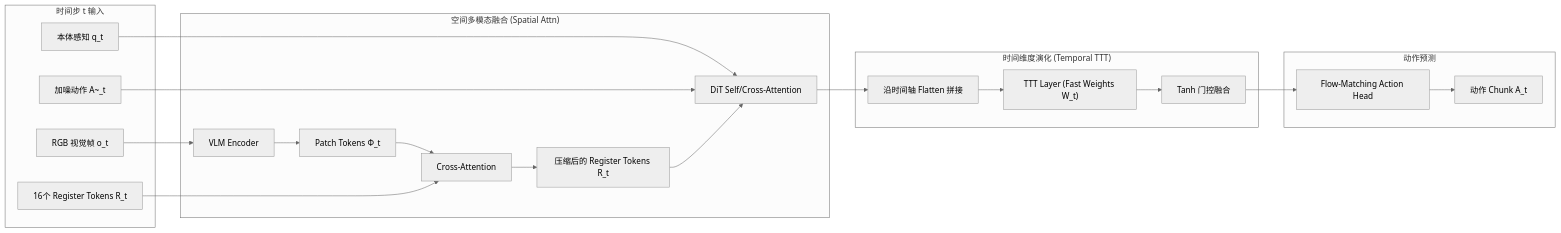
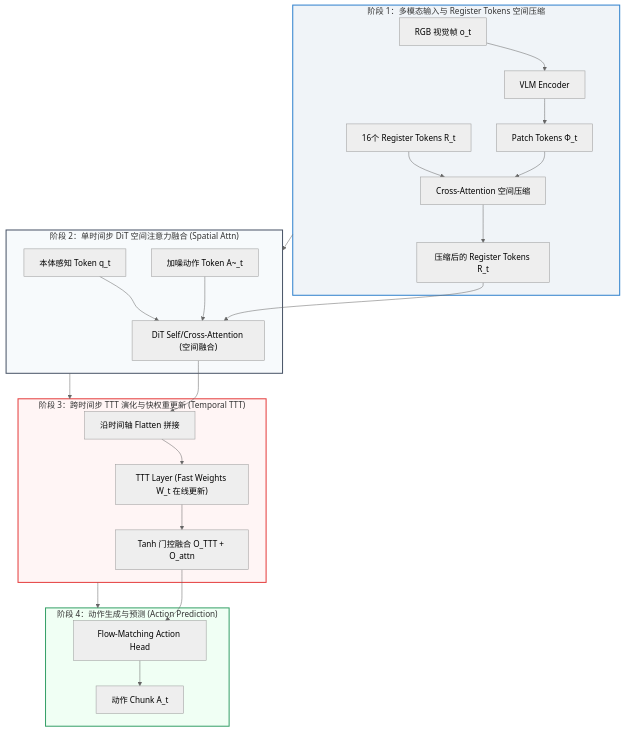
One commit to TingdeLiu/tingdeliu.github.io changed the second of 4 diagrams in _posts/blog/2026-07-28-RoboTTT-Fast-Weights.md. Above: the diagram before and after it, drawn with Mermaid (neutral theme).

Commit message:
fix: reformat Section 4.2 Mermaid diagram into vertical layout for larger readable text

````diff
--- a/_posts/blog/2026-07-28-RoboTTT-Fast-Weights.md
+++ b/_posts/blog/2026-07-28-RoboTTT-Fast-Weights.md
@@ -150,27 +150,32 @@
 ```mermaid
-flowchart LR
-    subgraph Input["时间步 t 输入"]
-        Img["RGB 视觉帧 o_t"]
-        Prop["本体感知 q_t"]
-        Act["加噪动作 A~_t"]
-        Reg["16个 Register Tokens R_t"]
+flowchart TD
+    subgraph Step1["阶段 1：多模态输入与 Register Tokens 空间压缩"]
+        Img["RGB 视觉帧 o_t"] --> VLM["VLM Encoder"] --> PatchTokens["Patch Tokens Φ_t"]
+        Reg["16个 Register Tokens R_t"] --> CrossAttn["Cross-Attention 空间压缩"]
+        PatchTokens --> CrossAttn
+        CrossAttn --> CompressedReg["压缩后的 Register Tokens R_t"]
     end
 
-    subgraph Spatial["空间多模态融合 (Spatial Attn)"]
-        Img --> VLM["VLM Encoder"] --> PatchTokens["Patch Tokens Φ_t"]
-        PatchTokens --> CrossAttn["Cross-Attention"]
-        Reg --> CrossAttn
-        CrossAttn --> CompressedReg["压缩后的 Register Tokens R_t"]
-        Prop & Act & CompressedReg --> DiTAttn["DiT Self/Cross-Attention"]
+    subgraph Step2["阶段 2：单时间步 DiT 空间注意力融合 (Spatial Attn)"]
+        Prop["本体感知 Token q_t"]
+        Act["加噪动作 Token A~_t"]
+        CompressedReg & Prop & Act --> DiTAttn["DiT Self/Cross-Attention (空间融合)"]
     end
 
-    subgraph Temporal["时间维度演化 (Temporal TTT)"]
+    subgraph Step3["阶段 3：跨时间步 TTT 演化与快权重更新 (Temporal TTT)"]
         DiTAttn --> Concat["沿时间轴 Flatten 拼接"]
-        Concat --> TTTLayer["TTT Layer (Fast Weights W_t)"]
-        TTTLayer --> Gated["Tanh 门控融合"]
+        Concat --> TTTLayer["TTT Layer (Fast Weights W_t 在线更新)"]
+        TTTLayer --> Gated["Tanh 门控融合 O_TTT + O_attn"]
     end
 
-    subgraph Output["动作预测"]
+    subgraph Step4["阶段 4：动作生成与预测 (Action Prediction)"]
         Gated --> ActionHead["Flow-Matching Action Head"] --> ActionChunk["动作 Chunk A_t"]
     end
+
+    Step1 --> Step2 --> Step3 --> Step4
+
+    style Step1 fill:#f0f4f8,stroke:#3182ce,stroke-width:2px
+    style Step2 fill:#f7fafc,stroke:#4a5568,stroke-width:2px
+    style Step3 fill:#fff5f5,stroke:#e53e3e,stroke-width:2px
+    style Step4 fill:#f0fff4,stroke:#38a169,stroke-width:2px
 ```
````
